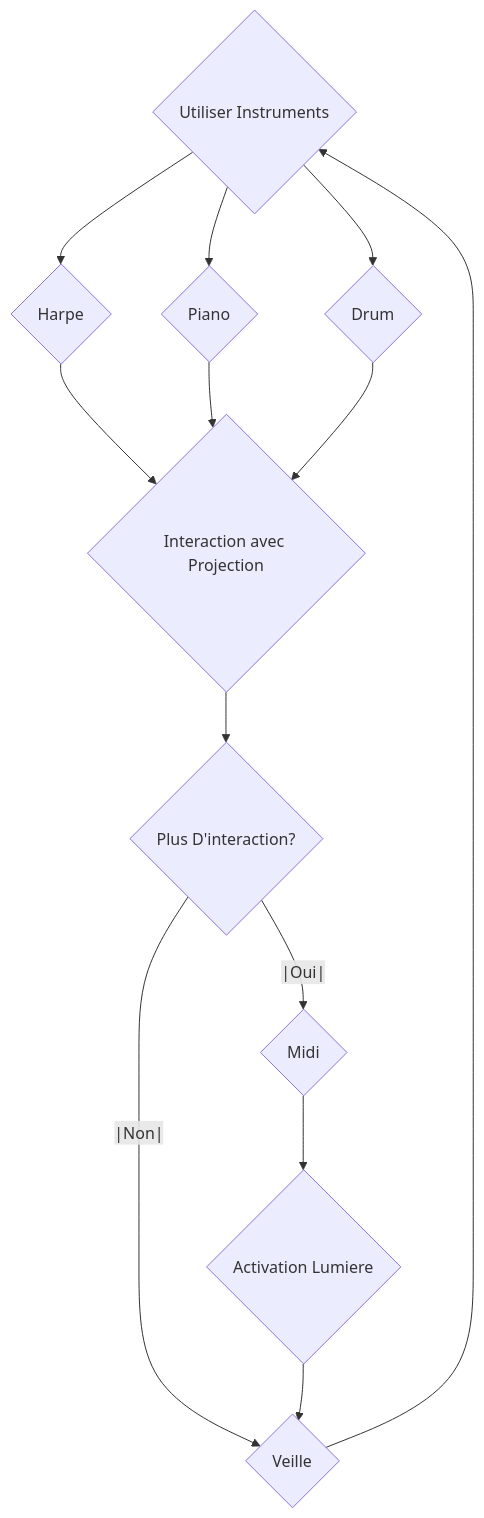
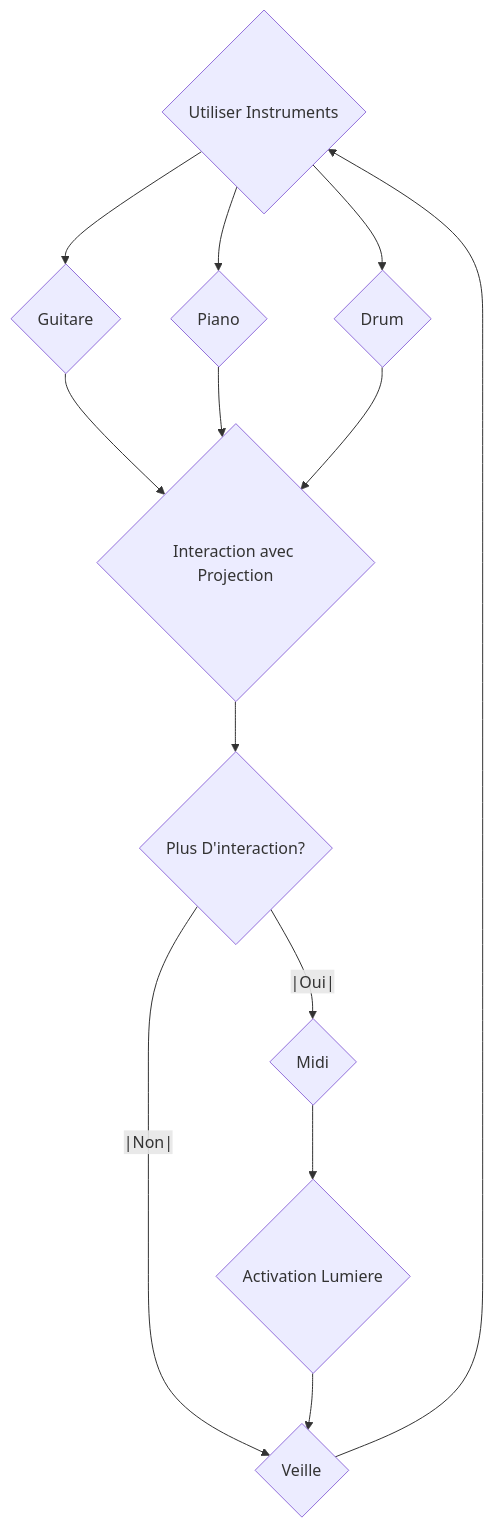
One commit to Jxshvfx/joshua_presentation-02 changed the first of 2 diagrams in README.md. Above: the diagram before and after it, drawn with Mermaid. The commit also changed other lines of this file, not shown here.

````diff
--- a/README.md
+++ b/README.md
@@ -17,11 +17,11 @@
 ```mermaid
 graph TD;
-    A{Utiliser Instruments}-->B{Harpe} & C{Piano} & D{Drum};
-    B{Harpe} & C{Piano} & D{Drum}-->E{Interaction avec Projection};
+    A{Utiliser Instruments}-->B{Guitare} & C{Piano} & D{Drum};
+    B{Guitare} & C{Piano} & D{Drum}-->E{Interaction avec Projection};
     E{Interaction avec Projection}-->F{Plus D'interaction?};
     F{Plus D'interaction?}--|Oui|-->G{Midi};
     F{Plus D'interaction?}--|Non|-->I{Veille};
     G{Midi}-->H{Activation Lumiere};
     H{Activation Lumiere}-->I{Veille};
     I{Veille}-->A{Utiliser Instruments};
 ```
````
